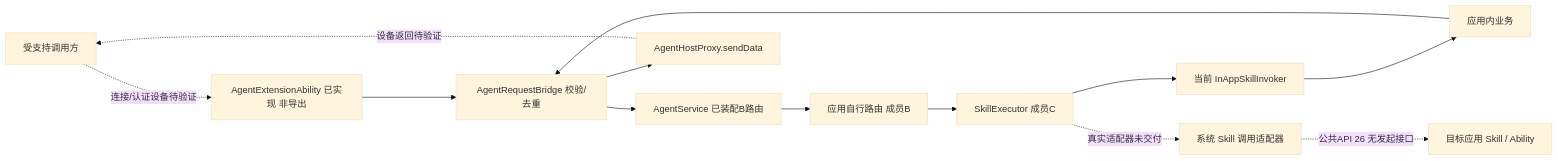
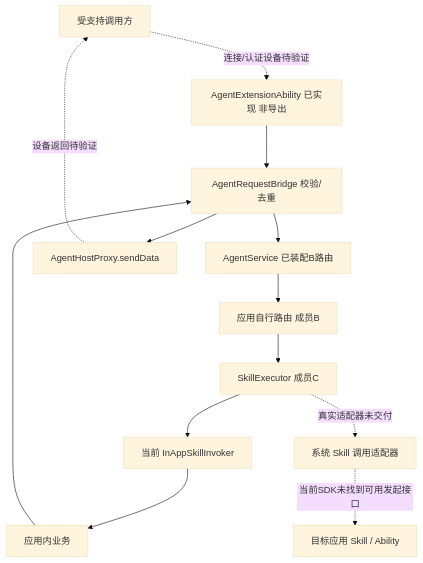
The third of 4 diagrams in docs/architecture.md (yaorz26/skill-for-harmony-G1-M1), drawn with Mermaid (base theme) before and after one commit. The commit also changed other lines of this file and 123 other files, not shown here.

````diff
--- a/docs/architecture.md
+++ b/docs/architecture.md
@@ -43,15 +50,15 @@
 ```mermaid
-flowchart LR
+flowchart TD
     Client[受支持调用方] -.连接/认证设备待验证.-> Extension[AgentExtensionAbility 已实现 非导出]
     Extension --> Bridge[AgentRequestBridge 校验/去重]
     Bridge --> Agent[AgentService 已装配B路由]
     Agent --> Routing[应用自行路由 成员B]
     Routing --> Executor[SkillExecutor 成员C]
     Executor --> InApp[当前 InAppSkillInvoker]
     InApp --> Business[应用内业务]
     Business --> Bridge
     Bridge --> Proxy[AgentHostProxy.sendData]
     Proxy -.设备返回待验证.-> Client
     Executor -.真实适配器未交付.-> System[系统 Skill 调用适配器]
-    System -.公共API 26 无发起接口.-> Target[目标应用 Skill / Ability]
+    System -.当前SDK未找到可用发起接口.-> Target[目标应用 Skill / Ability]
 ```
````
